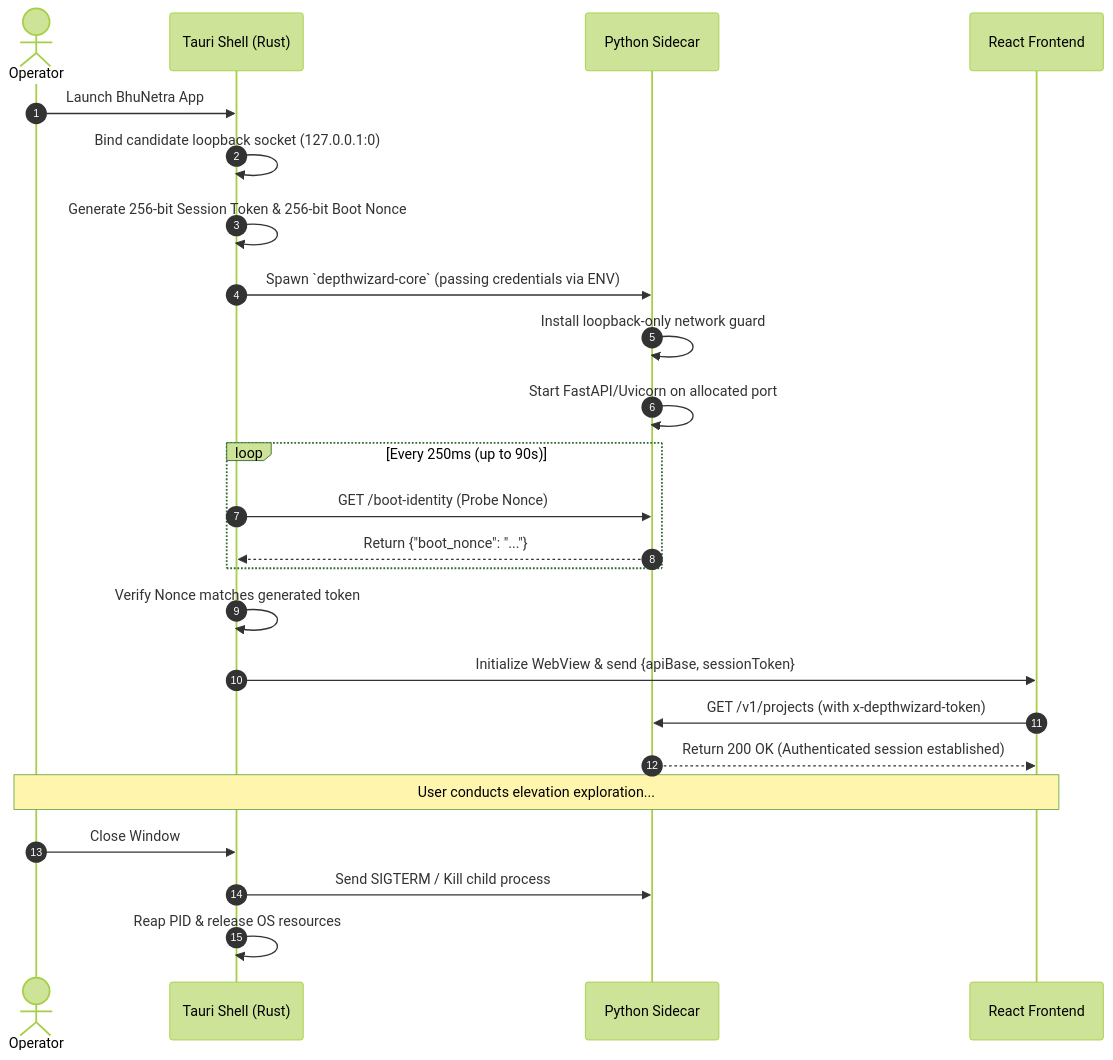
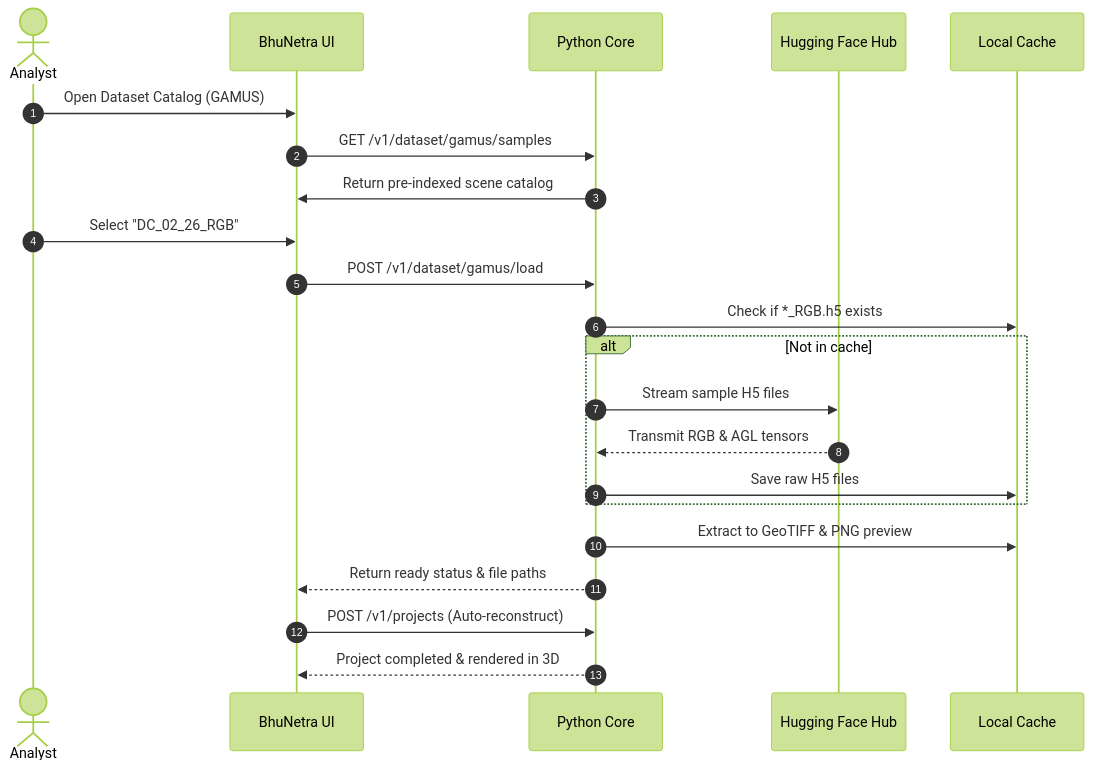
One commit to mouryas-aiml/BHUNETRA changed the fifth of 6 diagrams in README.md. Above: the diagram before and after it, drawn with Mermaid (forest theme). The commit also changed other lines of this file and 1 other file, not shown here.

````diff
--- a/README.md
+++ b/README.md
@@ -421,31 +557,25 @@
 ```mermaid
 sequenceDiagram
     autonumber
-    actor User as Operator
-    participant T as Tauri Shell (Rust)
-    participant S as Python Sidecar
-    participant W as React Frontend
+    actor Operator as Analyst
+    participant UI as BhuNetra UI
+    participant Core as Python Core
+    participant HF as Hugging Face Hub
+    participant Cache as Local Cache
 
-    User->>T: Launch BhuNetra App
-    T->>T: Bind candidate loopback socket (127.0.0.1:0)
-    T->>T: Generate 256-bit Session Token & 256-bit Boot Nonce
-    T->>S: Spawn `depthwizard-core` (passing credentials via ENV)
-    S->>S: Install loopback-only network guard
-    S->>S: Start FastAPI/Uvicorn on allocated port
-    
-    loop Every 250ms (up to 90s)
-        T->>S: GET /boot-identity (Probe Nonce)
-        S-->>T: Return {"boot_nonce": "..."}
+    Operator->>UI: Open Dataset Catalog (GAMUS)
+    UI->>Core: GET /v1/dataset/gamus/samples
+    Core->>UI: Return pre-indexed scene catalog
+    Operator->>UI: Select "DC_02_26_RGB"
+    UI->>Core: POST /v1/dataset/gamus/load
+    Core->>Cache: Check if *_RGB.h5 exists
+    alt Not in cache
+        Core->>HF: Stream sample H5 files
+        HF-->>Core: Transmit RGB & AGL tensors
+        Core->>Cache: Save raw H5 files
     end
-    
-    T->>T: Verify Nonce matches generated token
-    T->>W: Initialize WebView & send {apiBase, sessionToken}
-    W->>S: GET /v1/projects (with x-depthwizard-token)
-    S-->>W: Return 200 OK (Authenticated session established)
-    
-    Note over User,W: User conducts elevation exploration...
-    
-    User->>T: Close Window
-    T->>S: Send SIGTERM / Kill child process
-    T->>T: Reap PID & release OS resources
+    Core->>Cache: Extract to GeoTIFF & PNG preview
+    Core-->>UI: Return ready status & file paths
+    UI->>Core: POST /v1/projects (Auto-reconstruct)
+    Core-->>UI: Project completed & rendered in 3D
 ```
````
